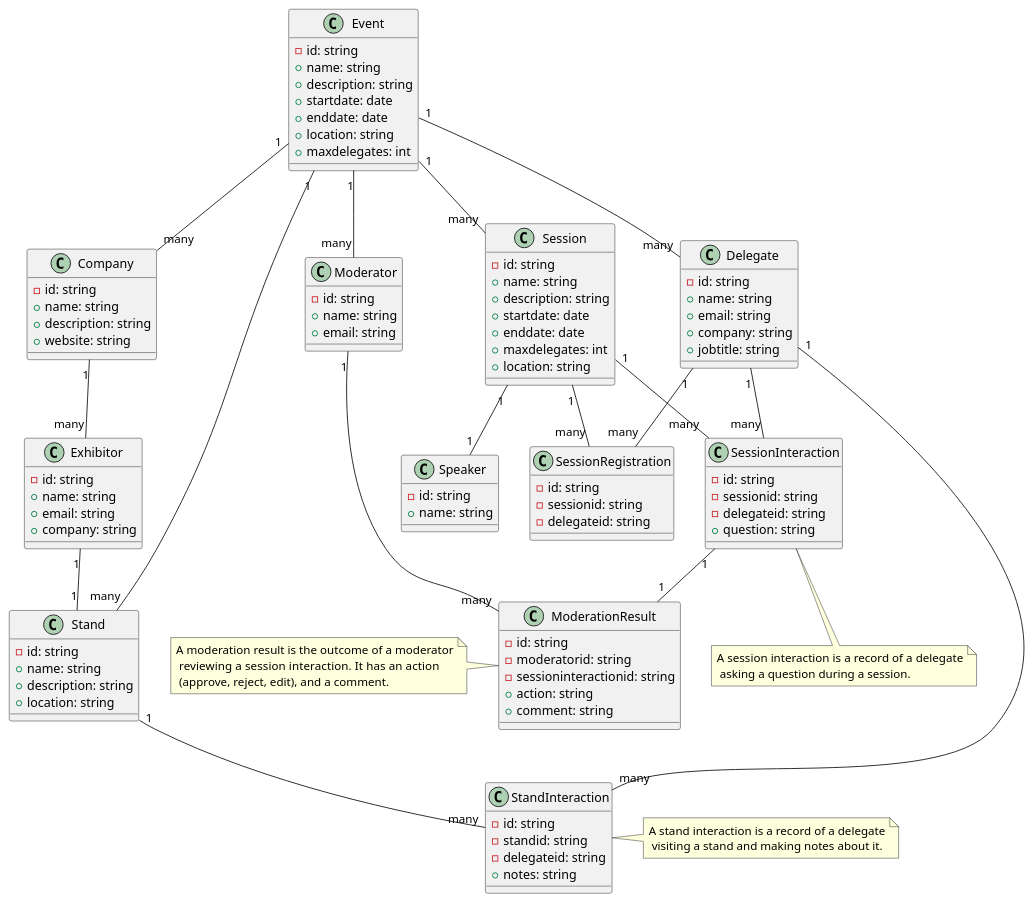
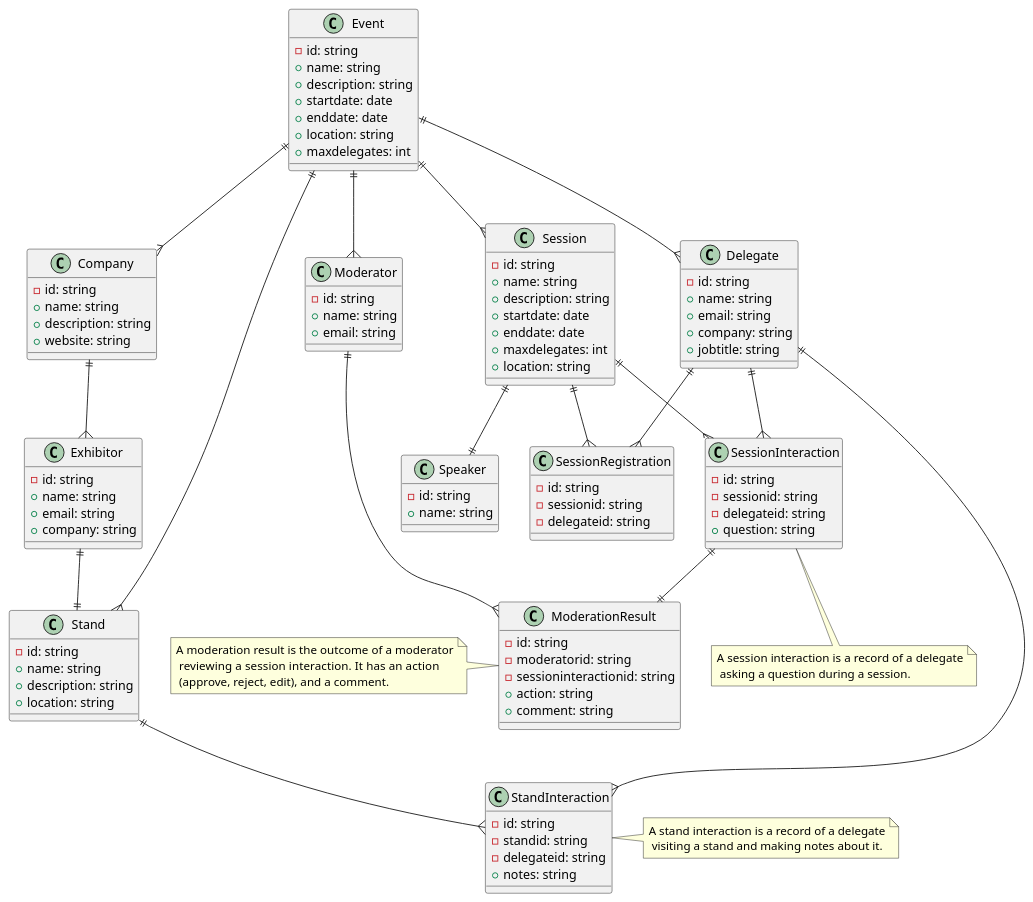
One commit to CSC-40084-Group-7/BMI2-UML changed the diagram in BookMeIn2.puml. Above: the diagram before and after it, drawn with PlantUML. The commit also changed 1 other file, not shown here.

```diff
--- a/BookMeIn2.puml
+++ b/BookMeIn2.puml
@@ -1,136 +1,136 @@
 @startuml BookMeIn2
 
 /'
 Glossary
 
 Event: The event that is happening, e.g. App Development in a mobile world.
 Delegates: People attending the event, sometimes on behalf of a company.
 Exhibitor: A person attending the event on behalf of their company. Each Exhibitor works at one stand.
 Moderator: Works in the background during a session filtering the questions sent in by delegates, for the purpose of avoiding anything unsuitable being sent to the speaker, and amalgamating similar questions into one so as to avoid repeating the same question
 Session: A talk or presentation happening at the event. Several of these can happen at the same time at larger events and delegates would have to choose which ones they want to attend.  Sometimes these can require a pre-registration of interest to allow entry.
 Speaker: An individual presenting the session. These can be the same as exhibitors, or they may be completely independent.
 Stand: One per company at the event. These companies are ones that have paid to have a stand at the event.  Often these will be sponsors of the event looking to sell some sort of software or service to the delegates.   Multiple Exhibitors may work on one stand though.
 '/
 
 ' Entities
 
 class "Event" as event {
     - id: string
     + name: string
     + description: string
     + startdate: date
     + enddate: date
     + location: string
     + maxdelegates: int
 }
 
 class "Delegate" as delegate {
     - id: string
     + name: string
     + email: string
     + company: string
     + jobtitle: string
 }
 
 class "Exhibitor" as exhibitor {
     - id: string
     + name: string
     + email: string
     + company: string
 }
 
 class "Moderator" as moderator {
     - id: string
     + name: string
     + email: string
 }
 
 class "Session" as session {
     - id: string
     + name: string
     + description: string
     + startdate: date
     + enddate: date
     + maxdelegates: int
     + location: string
 }
 
 class "Speaker" as speaker {
     - id: string
     + name: string
 }
 
 class "Stand" as stand {
     - id: string
     + name: string
     + description: string
     + location: string
 }
 
 class "Company" as company {
     - id: string
     + name: string
     + description: string
     + website: string
 }
 
 class "SessionRegistration" as sessionregistration {
     - id: string
     - sessionid: string
     - delegateid: string
 }
 
 class "StandInteraction" as standinteraction {
     - id: string
     - standid: string
     - delegateid: string
     + notes: string
 }
 
 class "SessionInteraction" as sessioninteraction {
     - id: string
     - sessionid: string
     - delegateid: string
     + question: string
 }
 
 class "ModerationResult" as moderationresult {
     - id: string
     - moderatorid: string
     - sessioninteractionid: string
     + action: string
     + comment: string
 }
 
 ' Relationships
 
-event "1" -- "many" delegate
-event "1" -- "many" session
-event "1" -- "many" stand
-event "1" -- "many" moderator
-event "1" -- "many" company
+event ||--{ delegate
+event ||--{ session
+event ||--{ stand
+event ||--{ moderator
+event ||--{ company
 
-delegate "1" -- "many" standinteraction
-delegate "1" -- "many" sessioninteraction
-delegate "1" -- "many" sessionregistration
+delegate ||--{ standinteraction
+delegate ||--{ sessioninteraction
+delegate ||--{ sessionregistration
 
-exhibitor "1" -- "1" stand
-company "1" -- "many" exhibitor
+exhibitor ||--|| stand
+company ||--{ exhibitor
 
-session "1" -- "1" speaker
-session "1" -- "many" sessioninteraction
-session "1" -- "many" sessionregistration
+session ||--|| speaker
+session ||--{ sessioninteraction
+session ||--{ sessionregistration
 
-stand "1" -- "many" standinteraction
+stand ||--{ standinteraction
 
-moderator "1" -- "many" moderationresult
+moderator ||--{ moderationresult
 
-sessioninteraction "1" -- "1" moderationresult
+sessioninteraction ||--|| moderationresult
 
 ' Notes
 
 note left of moderationresult : A moderation result is the outcome of a moderator\n reviewing a session interaction.  It has an action\n (approve, reject, edit), and a comment.
 note right of standinteraction : A stand interaction is a record of a delegate\n visiting a stand and making notes about it.
 note bottom of sessioninteraction : A session interaction is a record of a delegate\n asking a question during a session.
 
 @enduml
```
